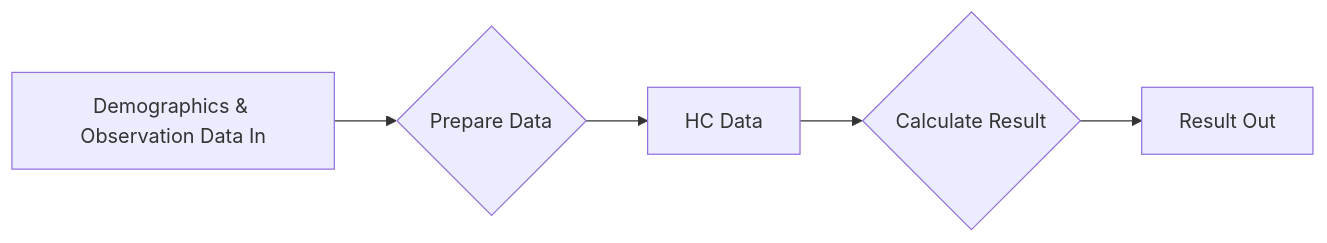
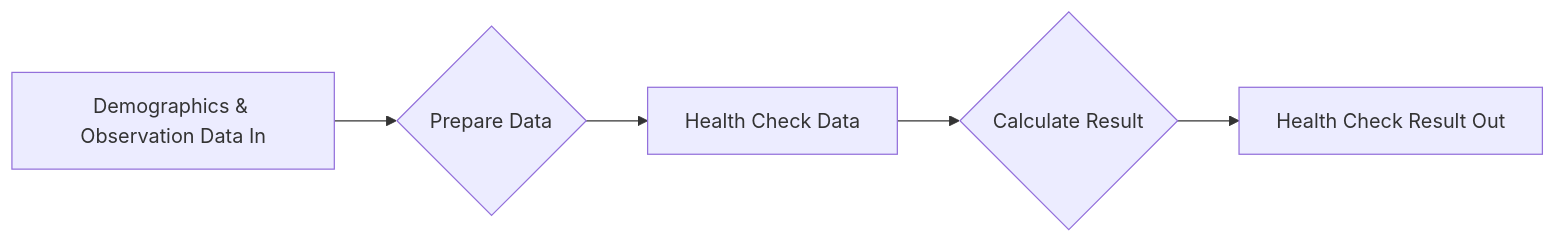
Before and after one commit to nhsexperience/nhs-experience: the second of 5 diagrams in docs/digital-health-check/discovery-technical-review.md, drawn with Mermaid. The commit also changed other lines of this file and 2 other files, not shown here.

````diff
--- a/docs/digital-health-check/discovery-technical-review.md
+++ b/docs/digital-health-check/discovery-technical-review.md
@@ -204,12 +184,12 @@
 ```mermaid
 flowchart LR;
     ObsDataIn[Demographics & Observation Data In]
     RawProcessData{Prepare Data}
-    Data[HC Data]
+    Data[Health Check Data]
     Calculate{Calculate Result}
-    Out[Result Out]
+    Out[Health Check Result Out]
     ObsDataIn -->RawProcessData
     RawProcessData -->Data
     Data -->Calculate
     Calculate -->Out
 ```
````
